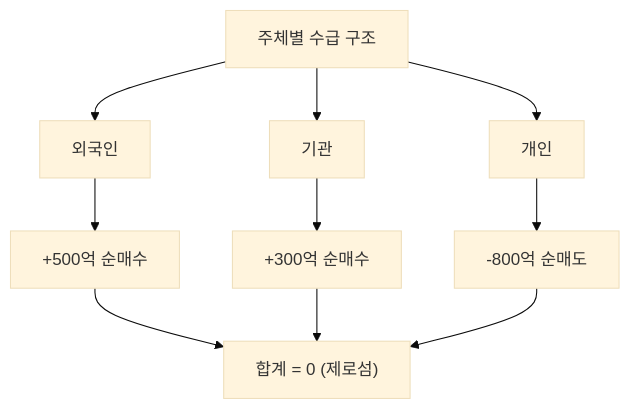
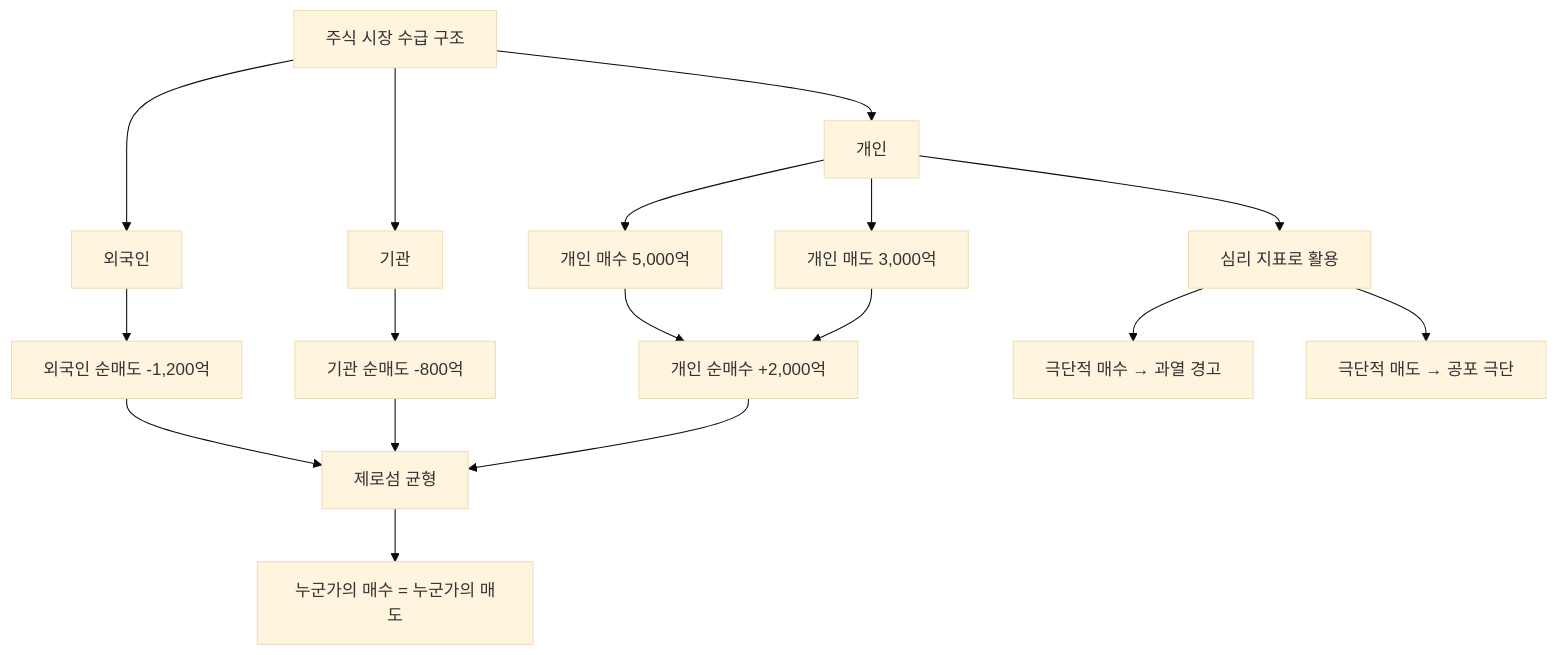
The diagram in content/stock-terms/ko/level-02-market-trading/individual-net-buying.md (yeongseon/stock-visual-note), drawn with Mermaid (base theme) before and after one commit. The commit also changed other lines of this file, not shown here.

````diff
--- a/content/stock-terms/ko/level-02-market-trading/individual-net-buying.md
+++ b/content/stock-terms/ko/level-02-market-trading/individual-net-buying.md
@@ -53,13 +57,19 @@
 ```mermaid
 graph TD
-    A["주체별 수급 구조"]
-    A --> B["외국인"]
+    A["주식 시장 수급 구조"] --> B["외국인"]
     A --> C["기관"]
     A --> D["개인"]
-    B --> E["+500억 순매수"]
-    C --> F["+300억 순매수"]
-    D --> G["-800억 순매도"]
-    E --> H["합계 = 0 (제로섬)"]
-    F --> H
-    G --> H
+    D --> E["개인 매수 5,000억"]
+    D --> F["개인 매도 3,000억"]
+    E --> G["개인 순매수 +2,000억"]
+    F --> G
+    B --> H["외국인 순매도 -1,200억"]
+    C --> I["기관 순매도 -800억"]
+    G --> J["제로섬 균형"]
+    H --> J
+    I --> J
+    J --> K["누군가의 매수 = 누군가의 매도"]
+    D --> L["심리 지표로 활용"]
+    L --> M["극단적 매수 → 과열 경고"]
+    L --> N["극단적 매도 → 공포 극단"]
 ```
````
